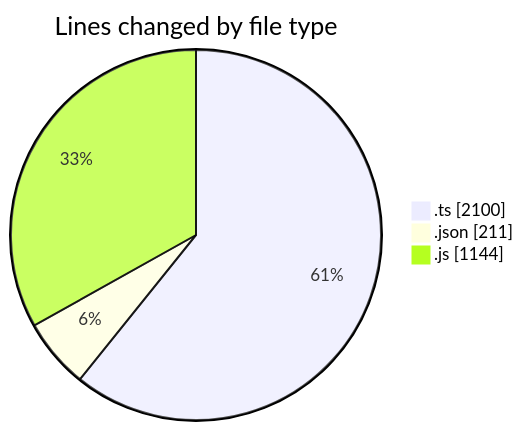
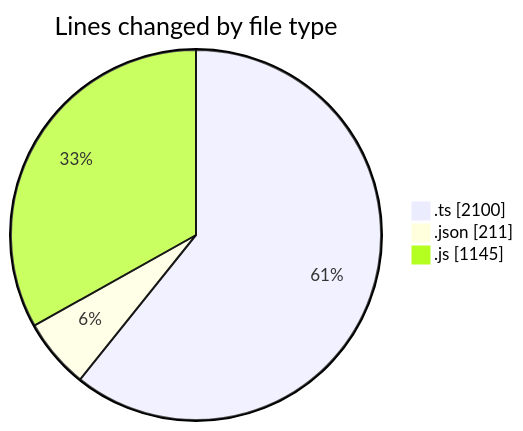
Before and after one commit to momahboobian/code-tracking: the first of 2 diagrams in 2026-11-04/cda/README.md, drawn with Mermaid. The commit also changed other lines of this file and 1 other file, not shown here.

````diff
--- a/2026-11-04/cda/README.md
+++ b/2026-11-04/cda/README.md
@@ -24,7 +24,7 @@
 ```mermaid
 pie showData
 title Lines changed by file type
 ".ts" : 2100
 ".json" : 211
-".js" : 1144
+".js" : 1145
 ```
````
